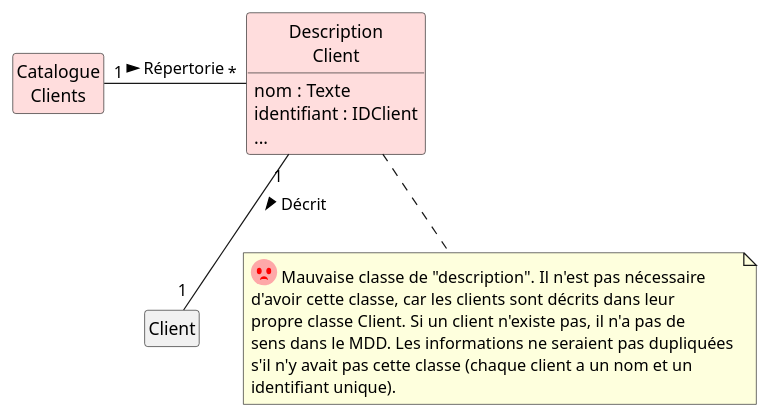
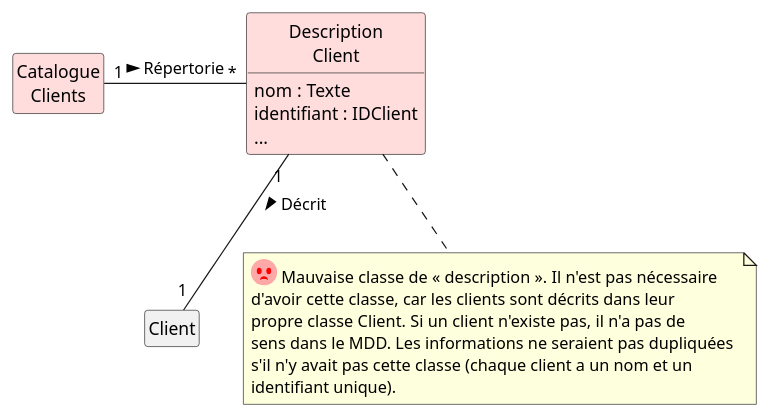
Before and after one commit to fuhrmanator/log210-ndc-quarto: the third of 4 diagrams in MDD.qmd, drawn with PlantUML.

Commit message:
remettre guillemets

````diff
--- a/MDD.qmd
+++ b/MDD.qmd
@@ -241,28 +241,28 @@
 ```{.plantuml #fig-MDD-ErreurDescription caption="Erreur fréquente - utiliser une classe de description sans justification."}
 @startuml
 '!include ecriture.pumlinclude
 skinparam defaultFontName Arial
 skinparam style strictuml
 hide empty members
 scale 1
 hide empty members
 class "Client" as GC {
 }
 class "Description\nClient" as C #ffdddd {
   nom : Texte
   identifiant : IDClient
   ...
 }
 class "Catalogue\nClients" as CP #ffdddd
 C "1" -- "1" GC : Décrit >
 CP "1" -r- "*" C : Répertorie >
 note bottom of C
-<size:14><#red:frowning:></size> Mauvaise classe de "description". Il n'est pas nécessaire 
+<size:14><#red:frowning:></size> Mauvaise classe de « description ». Il n'est pas nécessaire 
 d'avoir cette classe, car les clients sont décrits dans leur 
 propre classe Client. Si un client n'existe pas, il n'a pas de
 sens dans le MDD. Les informations ne seraient pas dupliquées 
 s'il n'y avait pas cette classe (chaque client a un nom et un
 identifiant unique).
 end note
 @enduml
 ```
````
